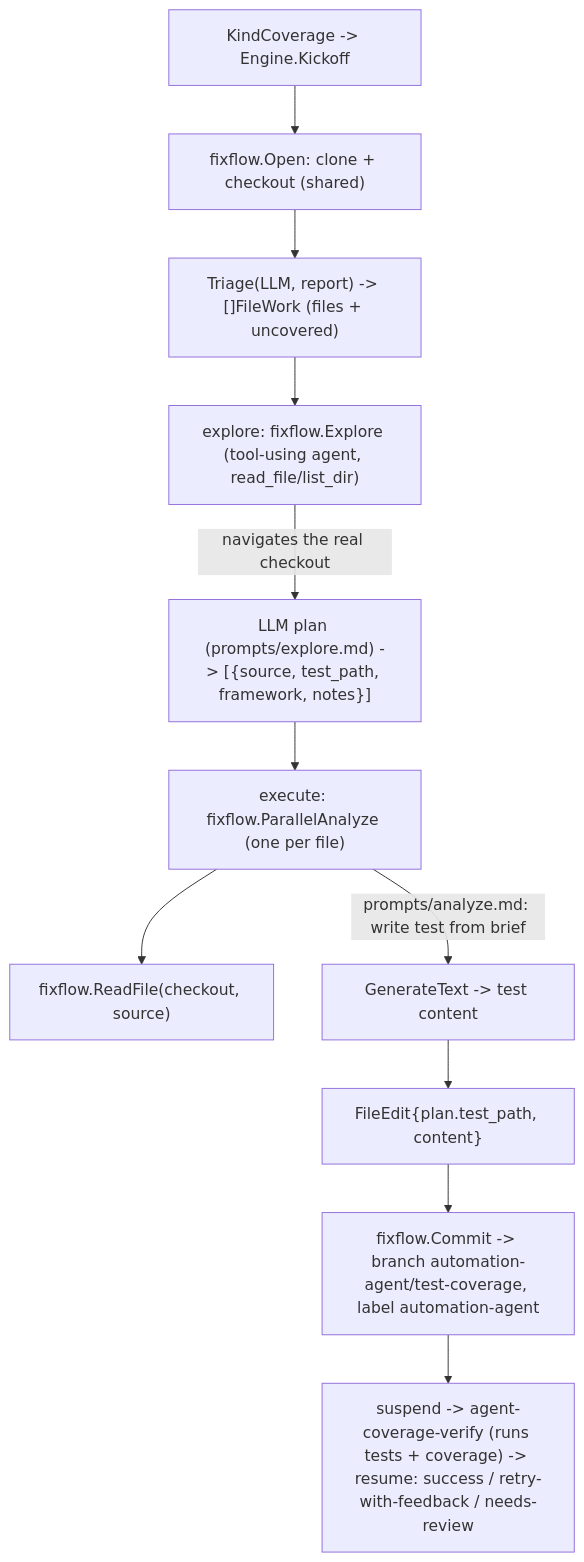
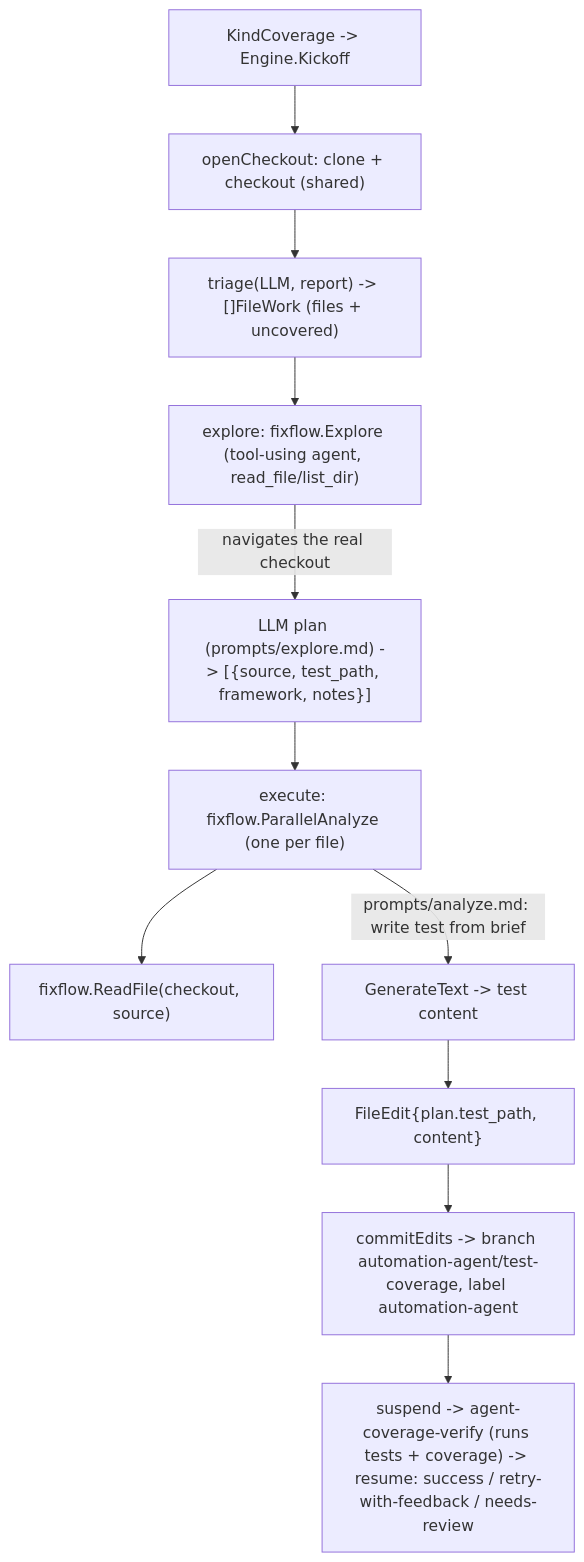
One commit to jkjamies/automation-agent changed the diagram in okf/modules/agents/covfixer.md. Above: the diagram before and after it, drawn with Mermaid. The commit also changed other lines of this file and 75 other files, not shown here.

````diff
--- a/okf/modules/agents/covfixer.md
+++ b/okf/modules/agents/covfixer.md
@@ -20,13 +20,13 @@
 ```mermaid
 flowchart TD
-    K["KindCoverage -> Engine.Kickoff"] --> Open["fixflow.Open: clone + checkout (shared)"]
-    Open --> T["Triage(LLM, report) -> []FileWork (files + uncovered)"]
+    K["KindCoverage -> Engine.Kickoff"] --> Open["openCheckout: clone + checkout (shared)"]
+    Open --> T["triage(LLM, report) -> []FileWork (files + uncovered)"]
     T --> EX["explore: fixflow.Explore (tool-using agent, read_file/list_dir)"]
     EX -->|"navigates the real checkout"| Plan["LLM plan (prompts/explore.md) -> [{source, test_path, framework, notes}]"]
     Plan --> Exec["execute: fixflow.ParallelAnalyze (one per file)"]
     Exec --> Read["fixflow.ReadFile(checkout, source)"]
     Exec -->|"prompts/analyze.md: write test from brief"| Gen["GenerateText -> test content"]
     Gen --> FE["FileEdit{plan.test_path, content}"]
-    FE --> Commit["fixflow.Commit -> branch automation-agent/test-coverage, label automation-agent"]
+    FE --> Commit["commitEdits -> branch automation-agent/test-coverage, label automation-agent"]
     Commit --> Loop["suspend -> agent-coverage-verify (runs tests + coverage) -> resume: success / retry-with-feedback / needs-review"]
 ```
````
